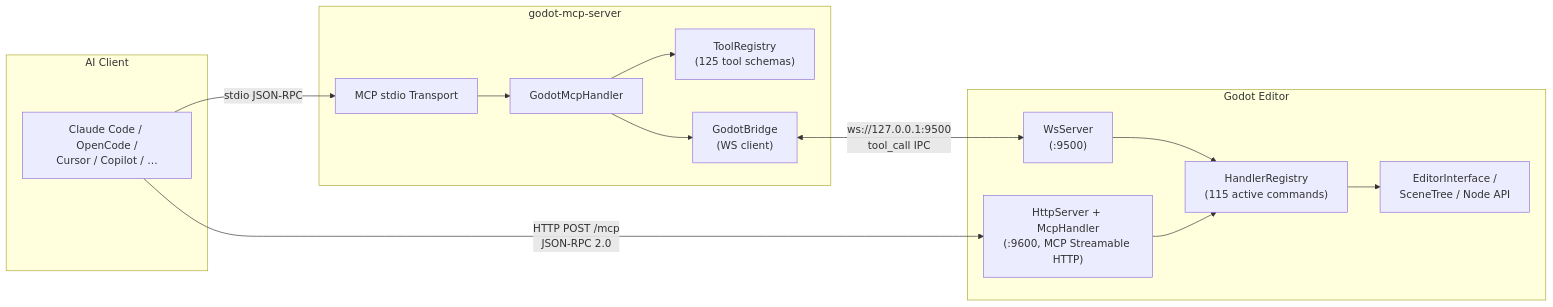
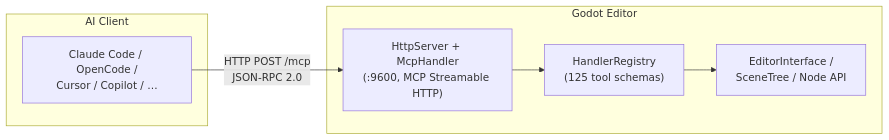
The diagram in README.md (jesspig/GodotMCP-GDExtension), drawn with Mermaid before and after one commit. The commit also changed other lines of this file and 24 other files, not shown here.

````diff
--- a/README.md
+++ b/README.md
@@ -14,30 +13,16 @@
 ```mermaid
 graph LR
     subgraph AI["AI Client"]
         Client["Claude Code / OpenCode /<br/>Cursor / Copilot / …"]
     end
 
-    subgraph ServerProc["godot-mcp-server"]
-        Stdio["MCP stdio Transport"]
-        Handler["GodotMcpHandler"]
-        Registry["ToolRegistry<br/>(125 tool schemas)"]
-        Bridge["GodotBridge<br/>(WS client)"]
-    end
-
     subgraph GodotProc["Godot Editor"]
-        WS["WsServer<br/>(:9500)"]
         HTTP["HttpServer + McpHandler<br/>(:9600, MCP Streamable HTTP)"]
-        Registry2["HandlerRegistry<br/>(115 active commands)"]
+        Registry["HandlerRegistry<br/>(125 tool schemas)"]
         Editor["EditorInterface /<br/>SceneTree / Node API"]
     end
 
-    Client -->|stdio JSON-RPC| Stdio
-    Stdio --> Handler
-    Handler --> Registry
-    Handler --> Bridge
-    Bridge <-->|ws://127.0.0.1:9500<br/>tool_call IPC| WS
     Client -->|HTTP POST /mcp<br/>JSON-RPC 2.0| HTTP
-    WS --> Registry2
-    HTTP --> Registry2
-    Registry2 --> Editor
+    HTTP --> Registry
+    Registry --> Editor
 ```
````
